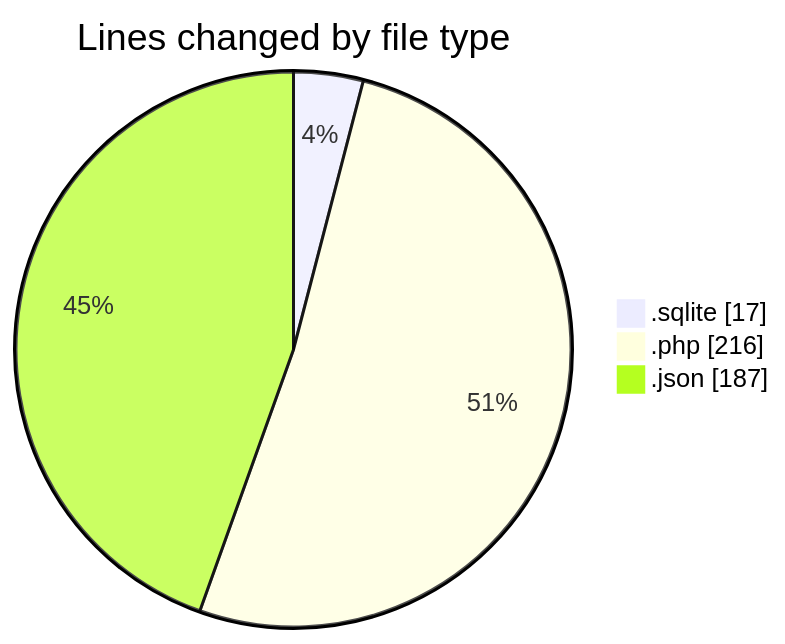
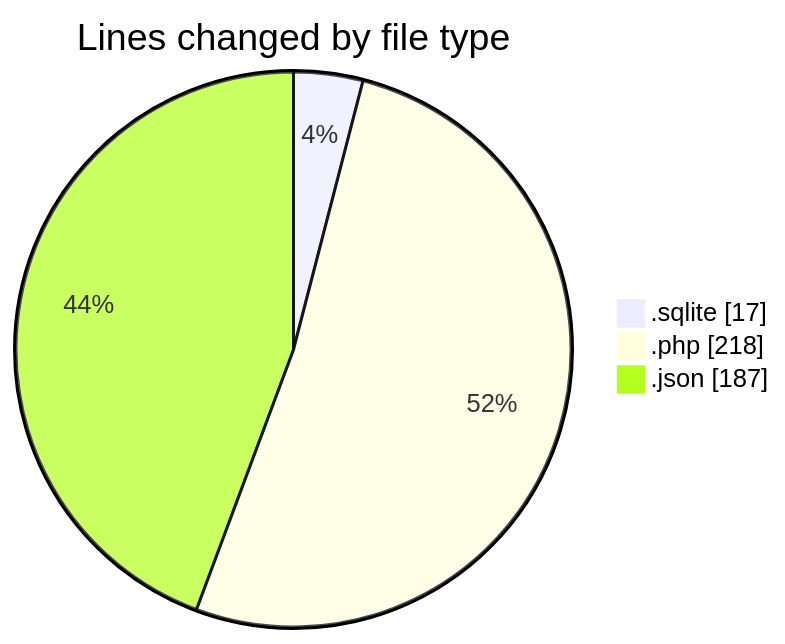
The first of 2 diagrams in 2025-10-07/url-shortener/README.md (Ritupan-Deka/code-tracking), drawn with Mermaid before and after one commit. The commit also changed other lines of this file and 1 other file, not shown here.

````diff
--- a/2025-10-07/url-shortener/README.md
+++ b/2025-10-07/url-shortener/README.md
@@ -22,7 +22,7 @@
 ```mermaid
 pie showData
 title Lines changed by file type
 ".sqlite" : 17
-".php" : 216
+".php" : 218
 ".json" : 187
 ```
````
